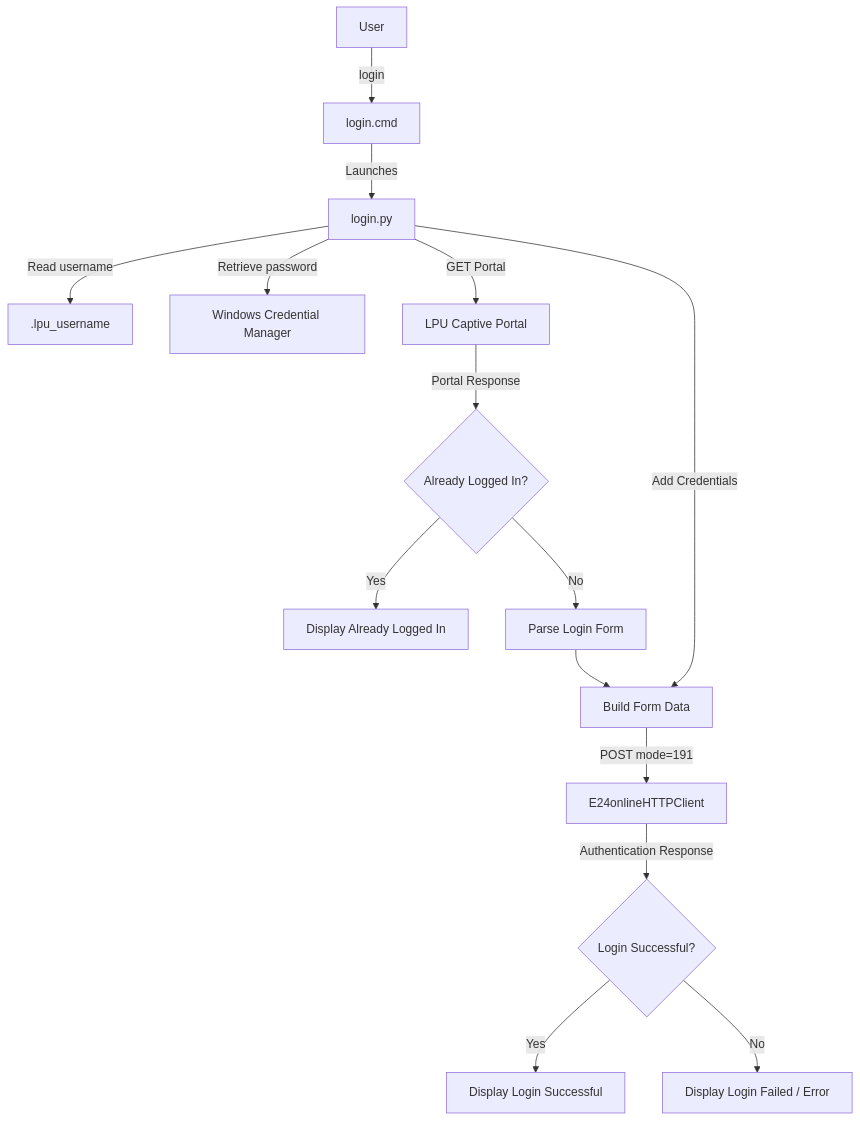
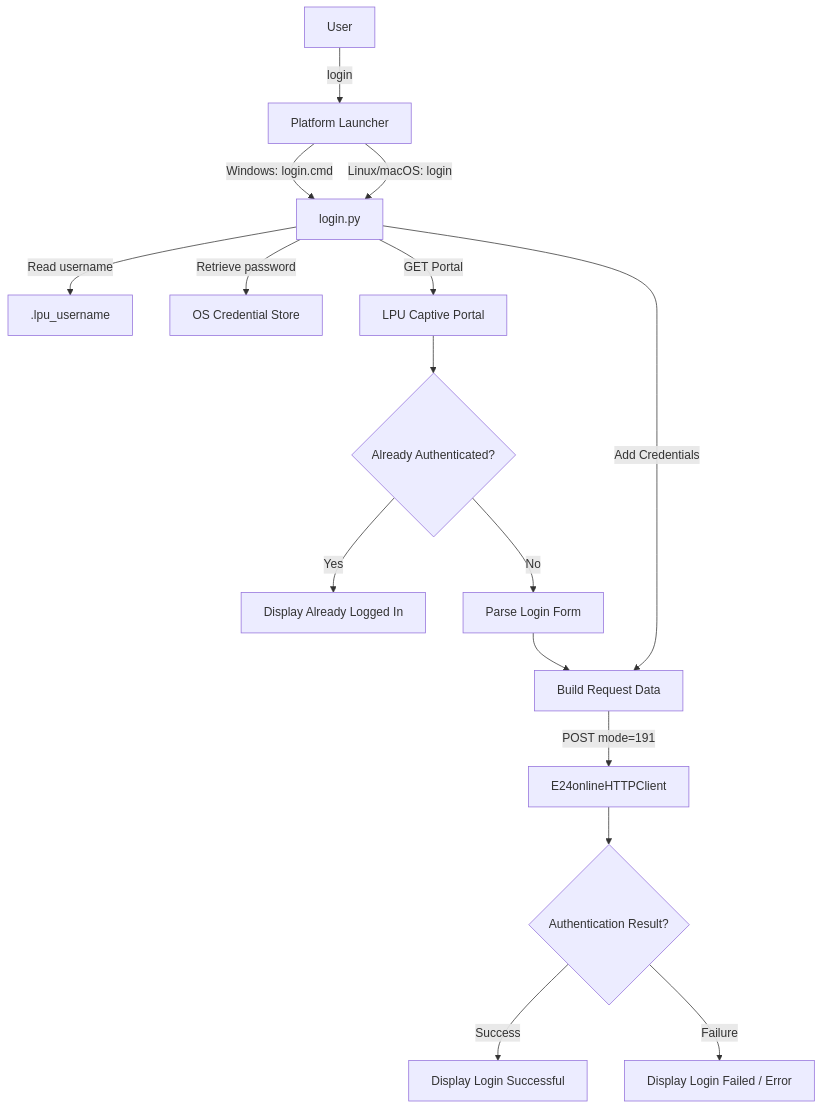
One commit to raiyanalig/LPU_WIFI_LOGIN changed the diagram in readme.md. Above: the diagram before and after it, drawn with Mermaid. The commit also changed other lines of this file, not shown here.

First line of the commit message:
Revise README for clarity and cross-platform details

````diff
--- a/readme.md
+++ b/readme.md
@@ -203,22 +367,23 @@
 ```mermaid
 flowchart TD
-    U[User] -->|login| C[login.cmd]
-    C -->|Launches| P[login.py]
+    U[User] -->|login| L[Platform Launcher]
+    L -->|Windows: login.cmd| P[login.py]
+    L -->|Linux/macOS: login| P
 
     P -->|Read username| UF[.lpu_username]
-    P -->|Retrieve password| KC[Windows Credential Manager]
+    P -->|Retrieve password| KS[OS Credential Store]
 
     P -->|GET Portal| LP[LPU Captive Portal]
-    LP -->|Portal Response| D{Already Logged In?}
+    LP --> D{Already Authenticated?}
 
     D -->|Yes| A[Display Already Logged In]
     D -->|No| F[Parse Login Form]
 
-    F --> FD[Build Form Data]
+    F --> FD[Build Request Data]
     P -->|Add Credentials| FD
     FD -->|POST mode=191| E[E24onlineHTTPClient]
 
-    E -->|Authentication Response| V{Login Successful?}
-    V -->|Yes| S[Display Login Successful]
-    V -->|No| R[Display Login Failed / Error]
+    E --> V{Authentication Result?}
+    V -->|Success| S[Display Login Successful]
+    V -->|Failure| R[Display Login Failed / Error]
 ```
````
